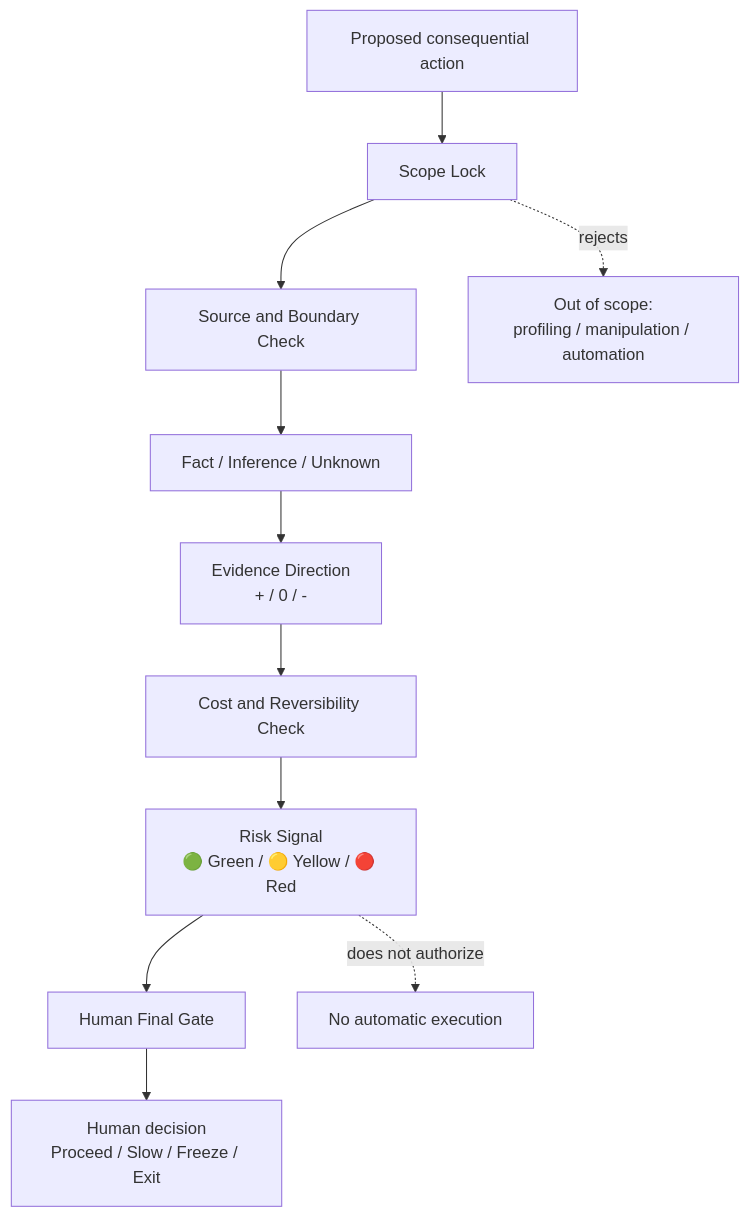
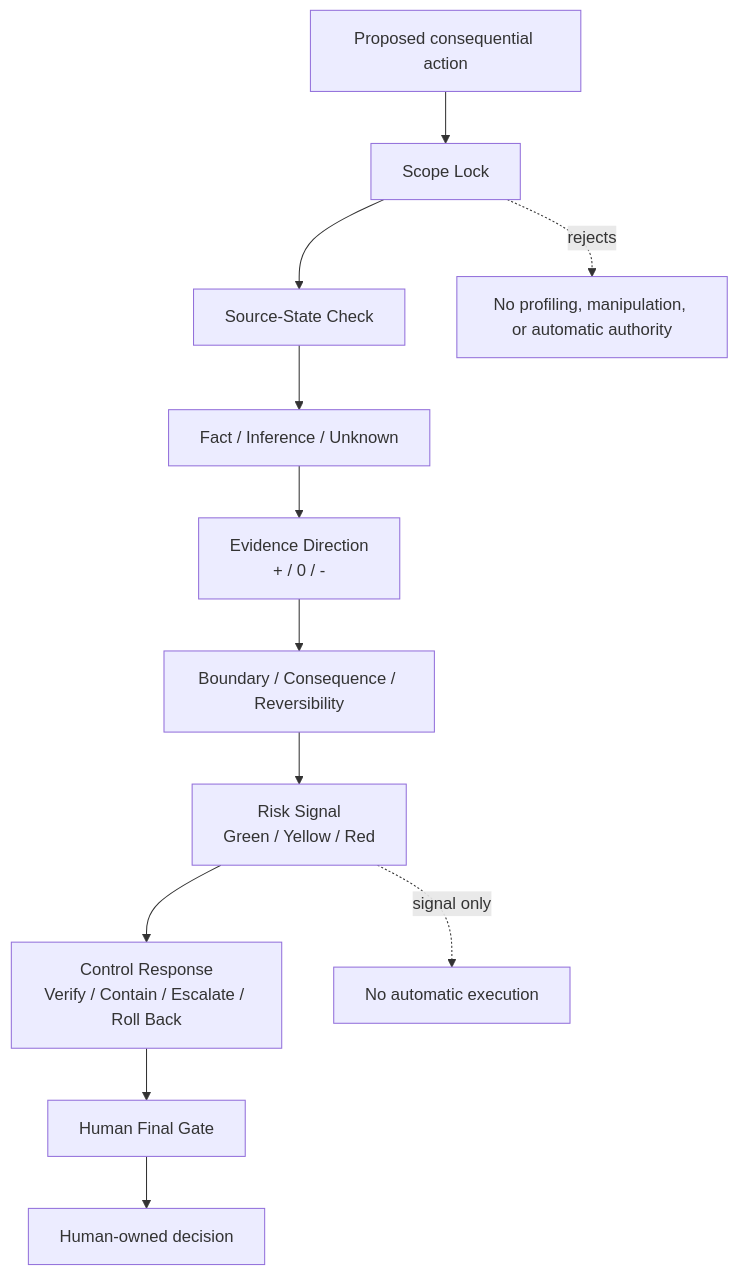
Before and after one commit to Yelan22CAT/model1: the diagram in README.md, drawn with Mermaid. The commit also changed other lines of this file, not shown here.

````diff
--- a/README.md
+++ b/README.md
@@ -85,14 +85,15 @@
 ```mermaid
 flowchart TD
     A[Proposed consequential action] --> B[Scope Lock]
-    B --> C[Source and Boundary Check]
+    B --> C[Source-State Check]
     C --> D[Fact / Inference / Unknown]
     D --> E[Evidence Direction<br/>+ / 0 / -]
-    E --> F[Cost and Reversibility Check]
-    F --> G[Risk Signal<br/>🟢 Green / 🟡 Yellow / 🔴 Red]
-    G --> H[Human Final Gate]
-    H --> I[Human decision<br/>Proceed / Slow / Freeze / Exit]
+    E --> F[Boundary / Consequence / Reversibility]
+    F --> G[Risk Signal<br/>Green / Yellow / Red]
+    G --> H[Control Response<br/>Verify / Contain / Escalate / Roll Back]
+    H --> I[Human Final Gate]
+    I --> J[Human-owned decision]
 
-    B -. rejects .-> X[Out of scope:<br/>profiling / manipulation / automation]
-    G -. does not authorize .-> Y[No automatic execution]
+    B -. rejects .-> X[No profiling, manipulation, or automatic authority]
+    G -. signal only .-> Y[No automatic execution]
 ```
````
